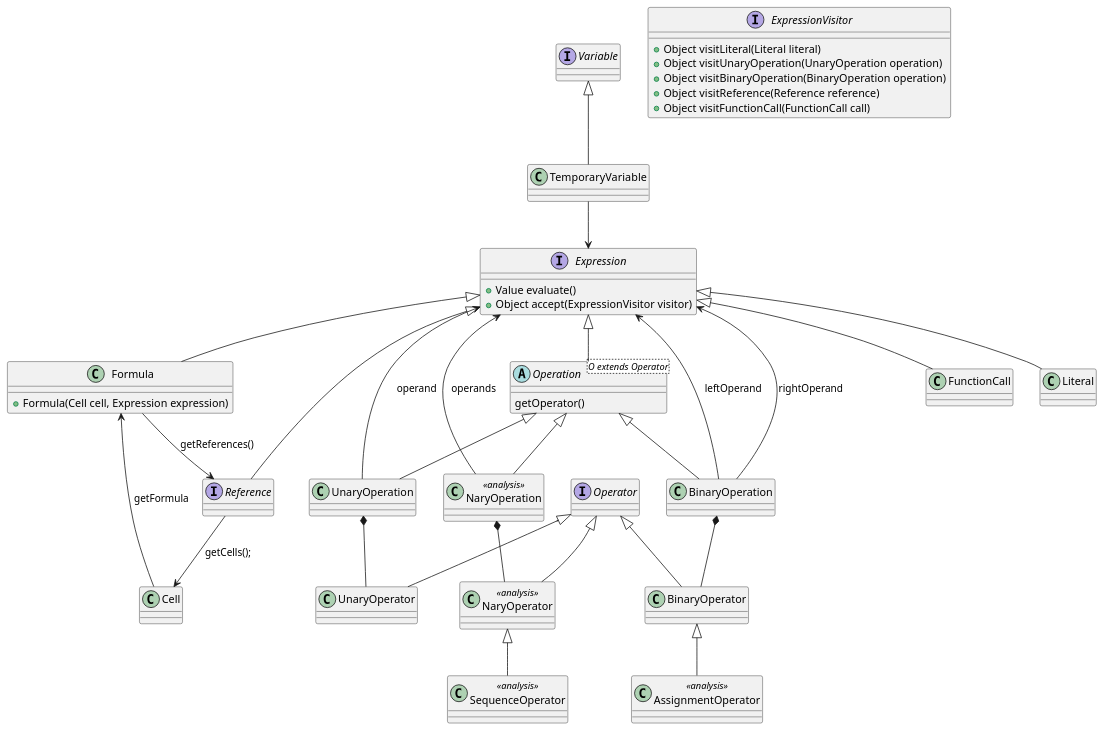
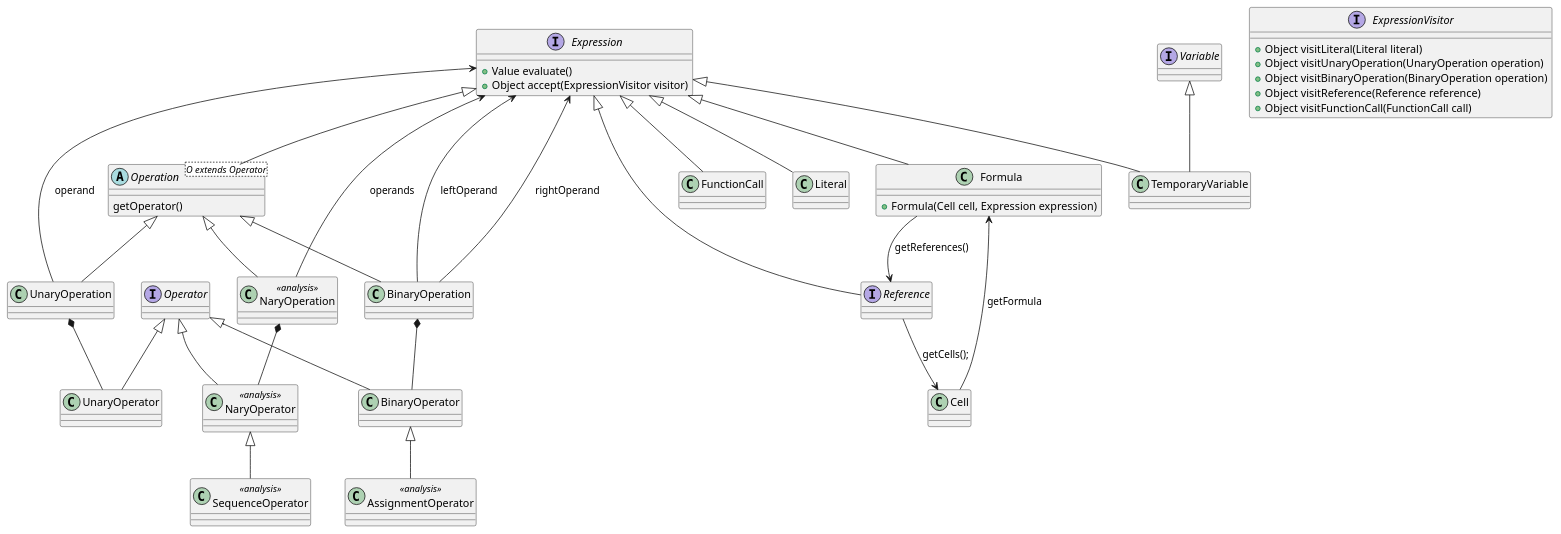
The diagram in src/main/java/lapr4/blue/s1/lang/n1151088/temporaryVariables/domain_model_temporary_variables.puml (MikeTekOn/lapr4-2017-2dd), drawn with PlantUML before and after one commit. The commit also changed 3 other files, not shown here.

```diff
--- a/src/main/java/lapr4/blue/s1/lang/n1151088/temporaryVariables/domain_model_temporary_variables.puml
+++ b/src/main/java/lapr4/blue/s1/lang/n1151088/temporaryVariables/domain_model_temporary_variables.puml
@@ -1,79 +1,81 @@
 @startuml domain_model_formulas.png
 class Formula {
 	+Formula(Cell cell, Expression expression) 
 }
 interface Expression {
 	+Value evaluate()
 	+Object accept(ExpressionVisitor visitor)
 }
 interface Reference {
 }
 interface Operator {
 }
 
-Interface Variable{
+interface Variable{
 }
 
 
 class UnaryOperator {
 }
 class BinaryOperator {
 }
 class NaryOperator <<analysis>> {
 }
 class SequenceOperator <<analysis>> {
 }
 class AssignmentOperator <<analysis>> {
 }
 abstract class Operation <O extends Operator> {
     getOperator() 
 }
 class UnaryOperation {
 }
 class BinaryOperation {
 }
 class NaryOperation <<analysis>> {
 }
 class FunctionCall {
 }
 class Literal {
 }
 interface ExpressionVisitor {
 	+Object visitLiteral(Literal literal)
 	+Object visitUnaryOperation(UnaryOperation operation)
 	+Object visitBinaryOperation(BinaryOperation operation)
 	+Object visitReference(Reference reference)
 	+Object visitFunctionCall(FunctionCall call)
 }
 Expression <|-- Formula
 Expression <|-- Reference
 Expression <|-- Operation
 Expression <|-- FunctionCall
 Expression <|-- Literal
+Expression <|-- TemporaryVariable
+
 Operation <|-- UnaryOperation
 Operation <|-- BinaryOperation
 Operation <|-- NaryOperation
+
 Formula --> Reference : getReferences()
 Reference --> Cell : getCells();
 Cell --> Formula : getFormula
 UnaryOperation --> Expression : operand
 BinaryOperation --> Expression : leftOperand
 BinaryOperation --> Expression : rightOperand
 NaryOperation --> Expression : operands
 
 Operator <|-- UnaryOperator
 Operator <|-- BinaryOperator
 Operator <|-- NaryOperator
 
+Variable <|-- TemporaryVariable
+
 UnaryOperation *-- UnaryOperator
 BinaryOperation *-- BinaryOperator
 NaryOperation *-- NaryOperator
 
 NaryOperator <|-- SequenceOperator
-
 BinaryOperator <|-- AssignmentOperator
 
-TemporaryVariable --> Expression
-Variable <|-- TemporaryVariable
 
   @enduml
```
